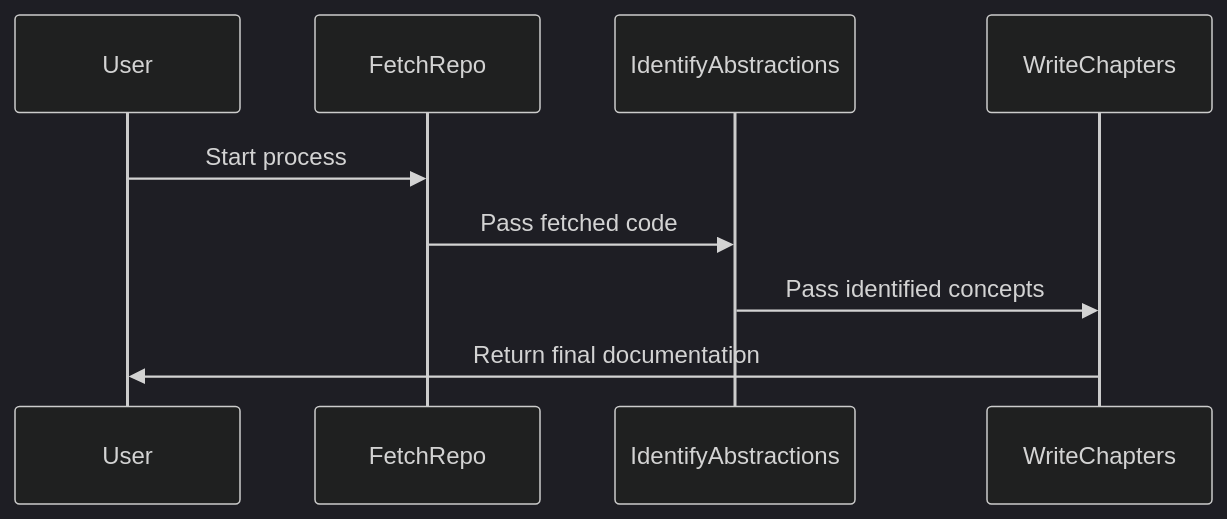
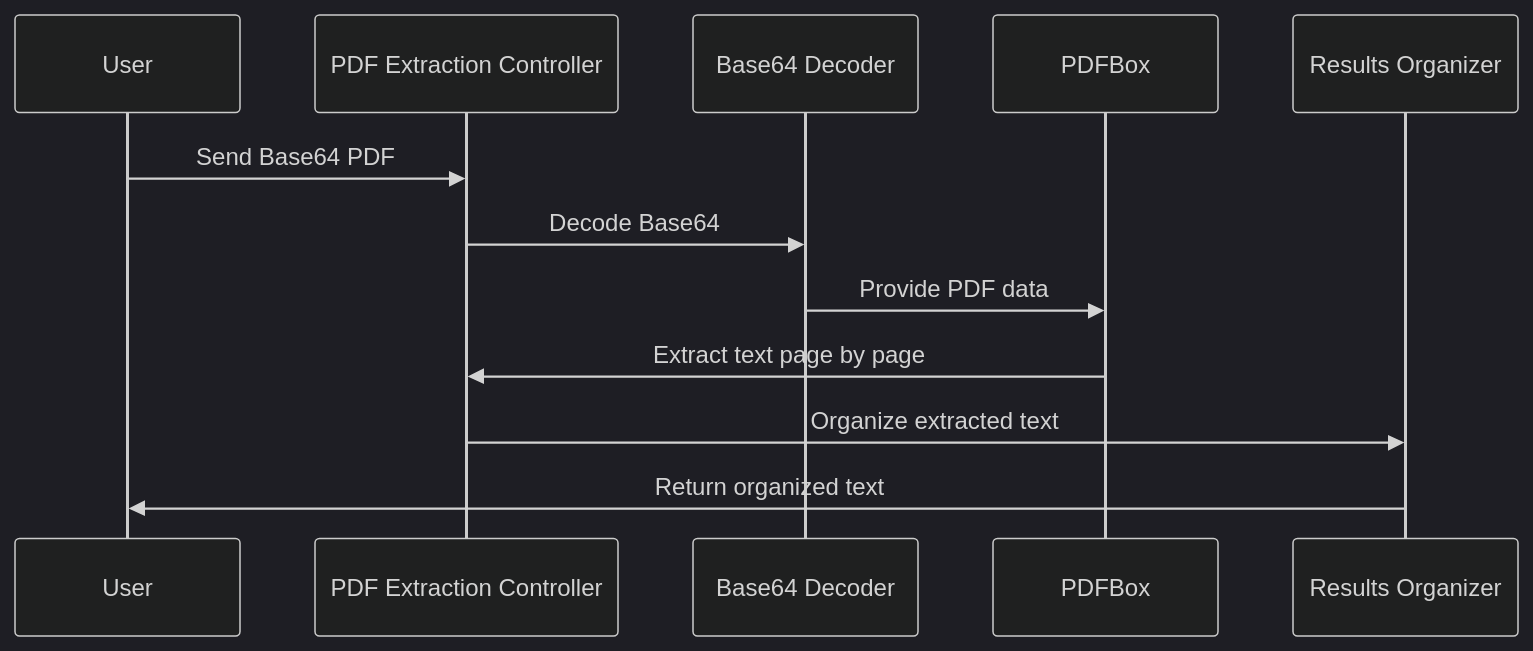
The fourth of 7 diagrams in README.md (dygavieta/NewRepo), drawn with Mermaid (dark theme) before and after one commit. The commit also changed other lines of this file, not shown here.

````diff
--- a/README.md
+++ b/README.md
@@ -416,12 +260,14 @@
 ```mermaid
 sequenceDiagram
     participant User
-    participant FR as FetchRepo
-    participant IA as IdentifyAbstractions
-    participant WC as WriteChapters
-
-    User->>FR: Start process
-    FR->>IA: Pass fetched code
-    IA->>WC: Pass identified concepts
-    WC->>User: Return final documentation
+    participant Controller as PDF Extraction Controller
+    participant Decoder as Base64 Decoder
+    participant PDFBox
+    participant Results as Results Organizer
+    User->>Controller: Send Base64 PDF
+    Controller->>Decoder: Decode Base64
+    Decoder->>PDFBox: Provide PDF data
+    PDFBox->>Controller: Extract text page by page
+    Controller->>Results: Organize extracted text
+    Results->>User: Return organized text
 ```
````
